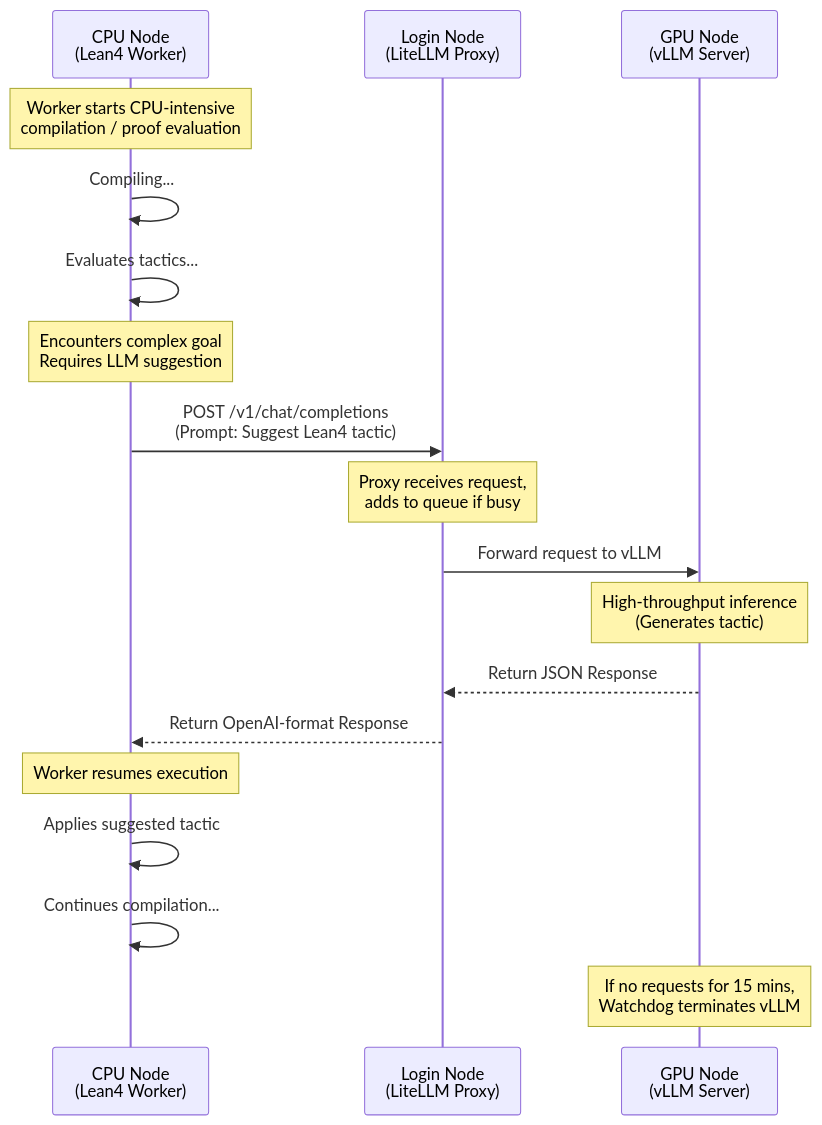
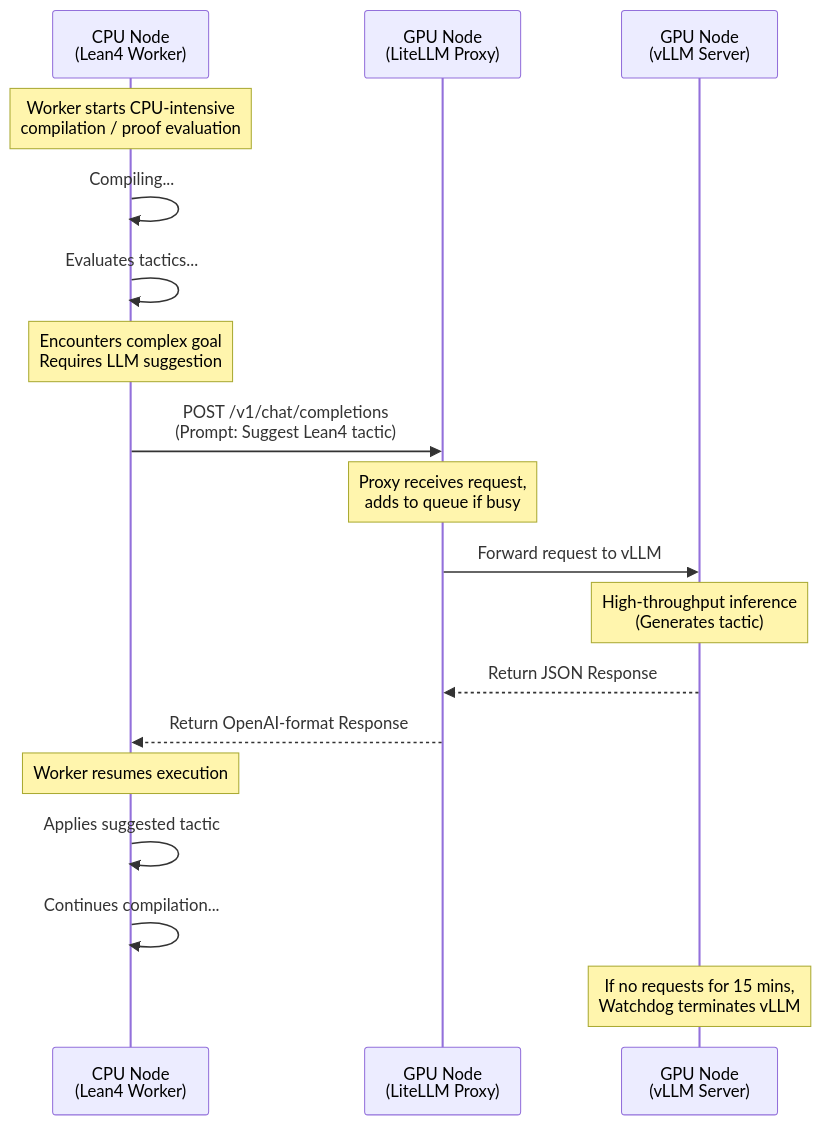
Before and after one commit to wdconinc/slurm-litellm-vllm: the second of 2 diagrams in docs/lean4-workflow.md, drawn with Mermaid. The commit also changed other lines of this file and 2 other files, not shown here.

Commit message:
Implement decentralized proxy architecture

````diff
--- a/docs/lean4-workflow.md
+++ b/docs/lean4-workflow.md
@@ -45,26 +42,26 @@
 ```mermaid
 sequenceDiagram
     participant Worker as CPU Node<br/>(Lean4 Worker)
-    participant Proxy as Login Node<br/>(LiteLLM Proxy)
+    participant Proxy as GPU Node<br/>(LiteLLM Proxy)
     participant GPU as GPU Node<br/>(vLLM Server)
 
     Note over Worker: Worker starts CPU-intensive<br/>compilation / proof evaluation
     Worker->>Worker: Compiling...
     Worker->>Worker: Evaluates tactics...
     
     Note over Worker: Encounters complex goal<br/>Requires LLM suggestion
     Worker->>Proxy: POST /v1/chat/completions<br/>(Prompt: Suggest Lean4 tactic)
     
     Note over Proxy: Proxy receives request,<br/>adds to queue if busy
     Proxy->>GPU: Forward request to vLLM
     
     Note over GPU: High-throughput inference<br/>(Generates tactic)
     GPU-->>Proxy: Return JSON Response
     Proxy-->>Worker: Return OpenAI-format Response
     
     Note over Worker: Worker resumes execution
     Worker->>Worker: Applies suggested tactic
     Worker->>Worker: Continues compilation...
     
     Note over GPU: If no requests for 15 mins,<br/>Watchdog terminates vLLM
 ```
````
